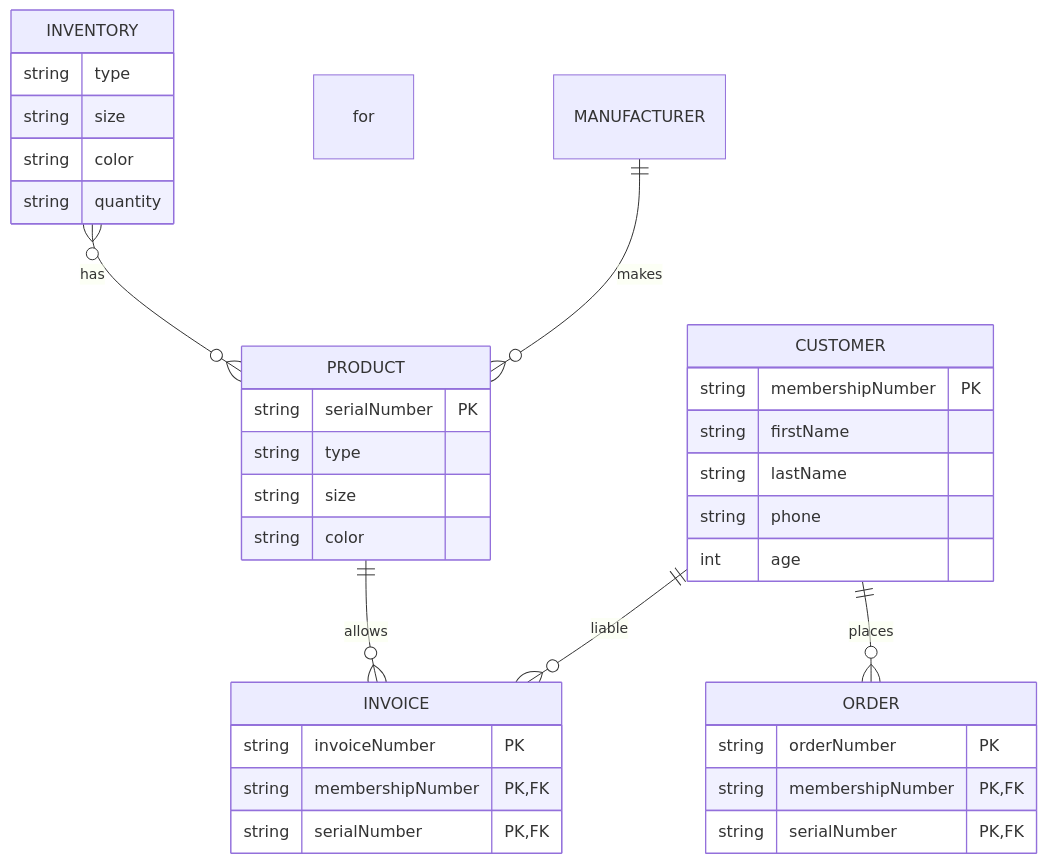
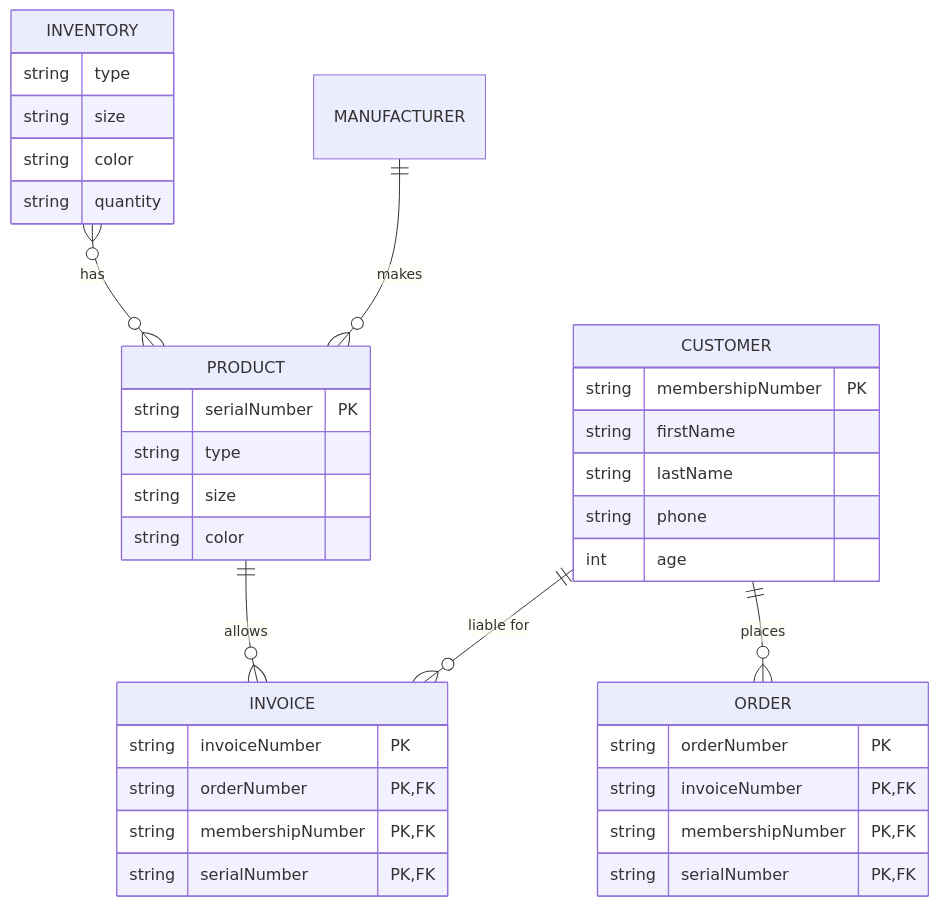
Before and after one commit to mealvarez-my-waketech-edu/NikeStore_ERD.md: the diagram in README.md, drawn with Mermaid. The commit also changed other lines of this file, not shown here.

````diff
--- a/README.md
+++ b/README.md
@@ -8,37 +3,39 @@
 ```mermaid
 erDiagram
     PRODUCT ||--o{ INVOICE : allows
     PRODUCT {
         string serialNumber PK
         string type
         string size
         string color
     }
     INVENTORY }o--o{ PRODUCT : has
     INVENTORY {
         string type
         string size
         string color
         string quantity
     }
     CUSTOMER ||--o{ ORDER : places
-    CUSTOMER ||--o{ INVOICE : liable for
+    CUSTOMER ||--o{ INVOICE : "liable for"
     CUSTOMER {
         string membershipNumber PK
         string firstName
         string lastName
         string phone
         int age
     }
     ORDER {
         string orderNumber PK
+        string invoiceNumber PK, FK
         string membershipNumber PK, FK
         string serialNumber PK, FK
     }
     INVOICE {
         string invoiceNumber PK
+        string orderNumber PK, FK
         string membershipNumber PK, FK
         string serialNumber PK, FK
     }
     MANUFACTURER only one to zero or more PRODUCT : makes
 ```
````
